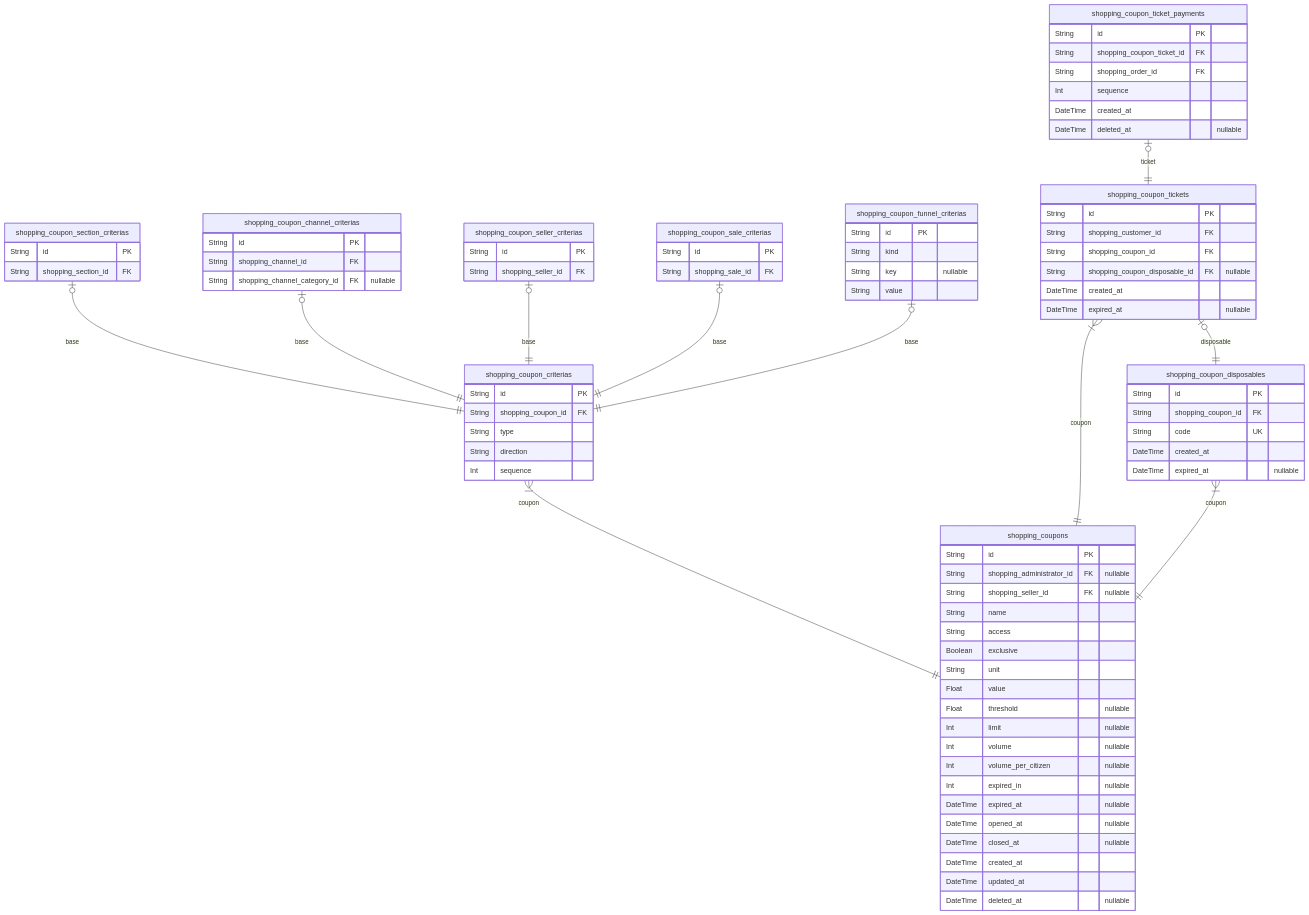
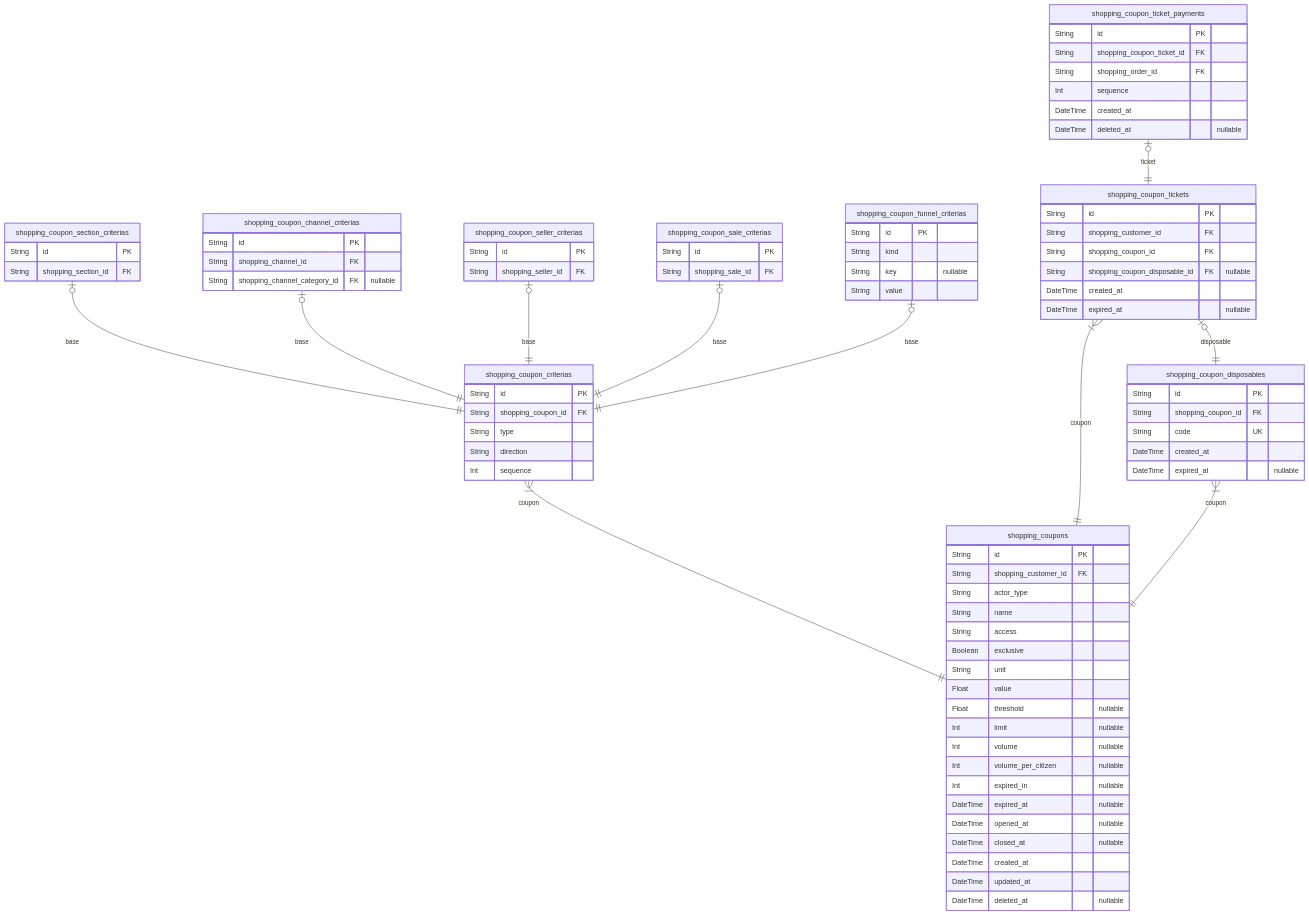
One commit to samchon/prisma-markdown changed the seventh of 9 diagrams in ERD.md. Above: the diagram before and after it, drawn with Mermaid. The commit also changed other lines of this file and 1 other file, not shown here.

Commit message:
Enhance example schema

```diff
--- a/ERD.md
+++ b/ERD.md
@@ -1585,8 +1616,8 @@
 erDiagram
 "shopping_coupons" {
     String id PK
-    String shopping_administrator_id FK "nullable"
-    String shopping_seller_id FK "nullable"
+    String shopping_customer_id FK
+    String actor_type
     String name
     String access
     Boolean exclusive
```
